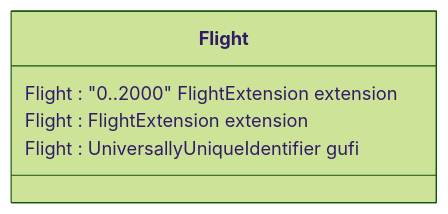
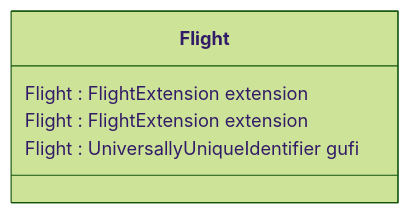
Before and after one commit to du-lapin/test_docsify: the second of 4 diagrams in docs/fixm/FIXM_UML_in_mermaid.md, drawn with Mermaid (forest theme). The commit also changed other lines of this file, not shown here.

````diff
--- a/docs/fixm/FIXM_UML_in_mermaid.md
+++ b/docs/fixm/FIXM_UML_in_mermaid.md
@@ -24,8 +24,8 @@
 ```mermaid
 classDiagram
 class Flight{
-Flight : "0..2000" FlightExtension extension
+Flight : FlightExtension extension
 Flight : FlightExtension extension
 Flight : UniversallyUniqueIdentifier gufi
 }
 ```
````
